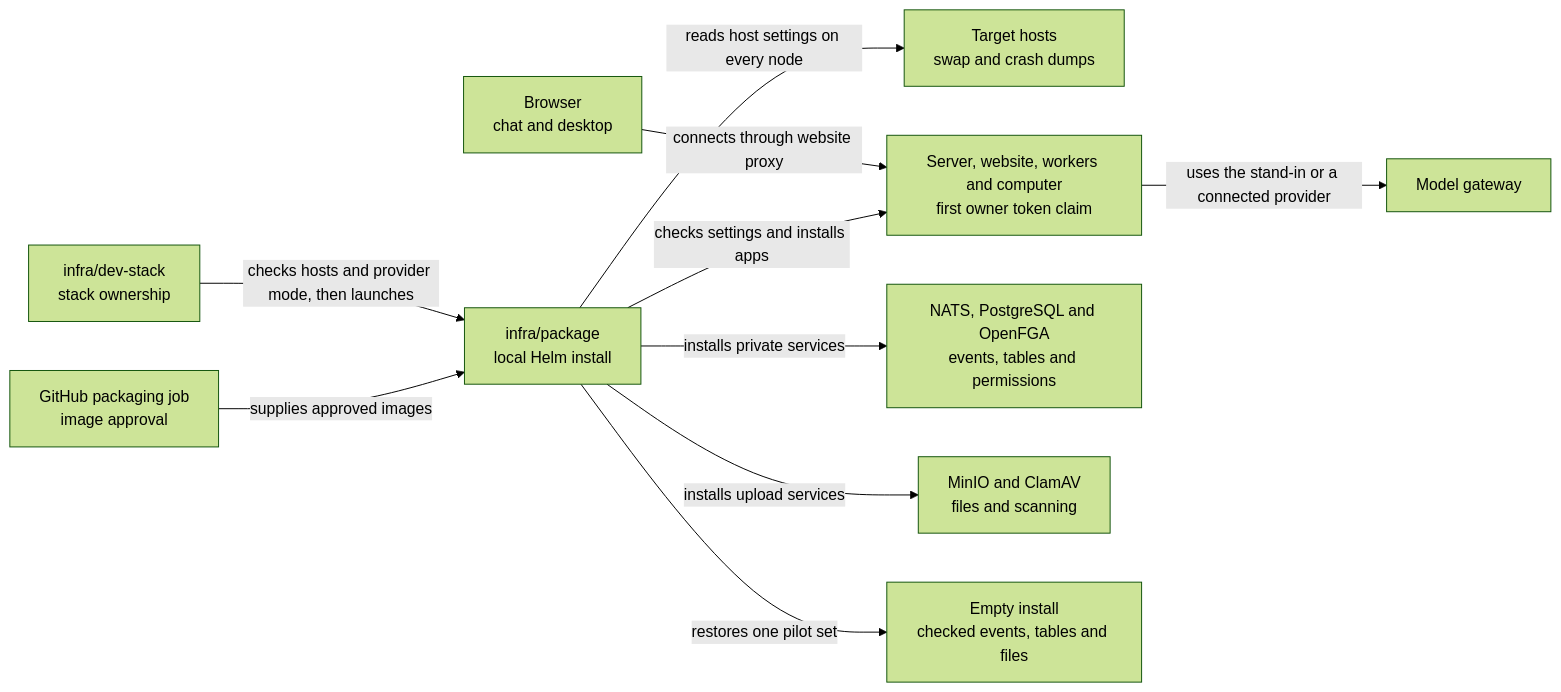
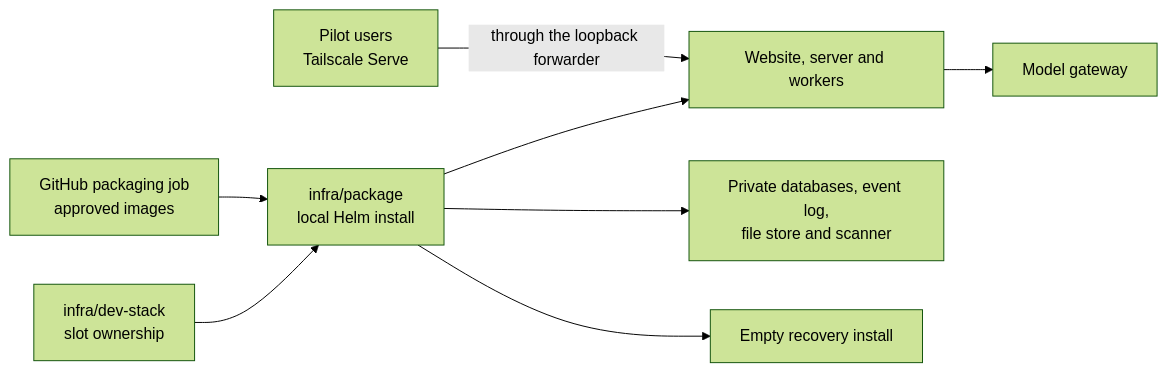
Before and after one commit to elewa-git/opencrane-new: the diagram in infra/package/README.md, drawn with Mermaid (forest theme). The commit also changed other lines of this file and 80 other files, not shown here.

First line of the commit message:
🛠️ Rehearse the tailnet pilot switch-over (#1187)

````diff
--- a/infra/package/README.md
+++ b/infra/package/README.md
@@ -18,12 +19,10 @@
 ```mermaid
 flowchart LR
-  stack["infra/dev-stack<br/>stack ownership"] -->|checks hosts and provider mode, then launches| package["infra/package<br/>local Helm install"]
-  packaging["GitHub packaging job<br/>image approval"] -->|supplies approved images| package
-  package -->|reads host settings on every node| hosts["Target hosts<br/>swap and crash dumps"]
-  browser["Browser<br/>chat and desktop"] -->|connects through website proxy| apps
-  package -->|checks settings and installs apps| apps["Server, website, workers and computer<br/>first owner token claim"]
-  package -->|installs private services| services["NATS, PostgreSQL and OpenFGA<br/>events, tables and permissions"]
-  apps -->|uses the stand-in or a connected provider| models["Model gateway"]
-  package -->|installs upload services| files["MinIO and ClamAV<br/>files and scanning"]
-  package -->|restores one pilot set| restore["Empty install<br/>checked events, tables and files"]
+  stack["infra/dev-stack<br/>slot ownership"] --> package["infra/package<br/>local Helm install"]
+  ci["GitHub packaging job<br/>approved images"] --> package
+  package --> apps["Website, server and workers"]
+  tailnet["Pilot users<br/>Tailscale Serve"] -->|through the loopback forwarder| apps
+  package --> services["Private databases, event log,<br/>file store and scanner"]
+  apps --> models["Model gateway"]
+  package --> recovery["Empty recovery install"]
 ```
````
